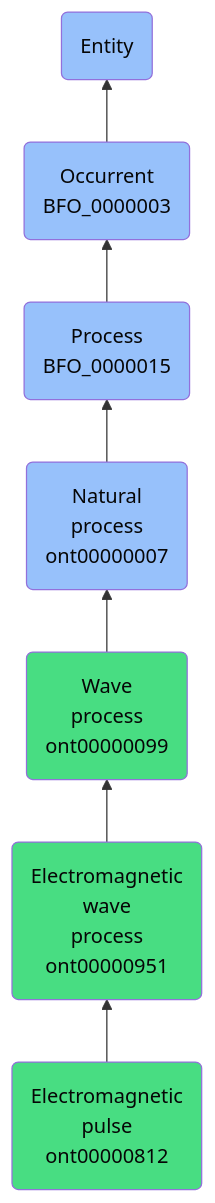
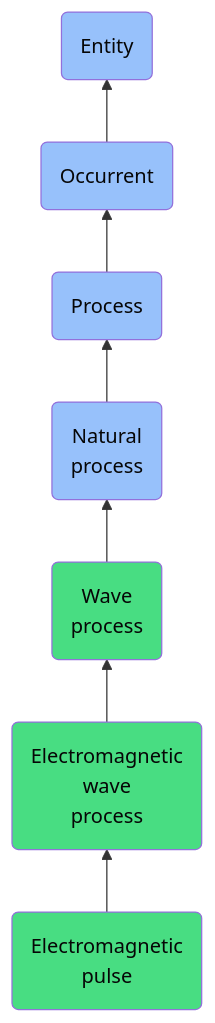
Before and after one commit to jupyter-naas/abi: the diagram in docs/ontology/reference/model/Entity/Occurrent/Process/Natural process/Wave process/Electromagnetic wave process/Electromagnetic pulse/Electromagnetic pulse.md, drawn with Mermaid. The commit also changed other lines of this file and 1430 other files, not shown here.

````diff
--- a/docs/ontology/reference/model/Entity/Occurrent/Process/Natural process/Wave process/Electromagnetic wave process/Electromagnetic pulse/Electromagnetic pulse.md
+++ b/docs/ontology/reference/model/Entity/Occurrent/Process/Natural process/Wave process/Electromagnetic wave process/Electromagnetic pulse/Electromagnetic pulse.md
@@ -25,14 +25,14 @@
 ```mermaid
 graph BT
-    ont00000812(Electromagnetic<br>pulse<br>ont00000812):::ABI-->ont00000951
-    ont00000951(Electromagnetic<br>wave<br>process<br>ont00000951):::ABI-->ont00000099
-    ont00000099(Wave<br>process<br>ont00000099):::ABI-->ont00000007
-    ont00000007(Natural<br>process<br>ont00000007):::BFO-->BFO_0000015
-    BFO_0000015(Process<br>BFO_0000015):::BFO-->BFO_0000003
-    BFO_0000003(Occurrent<br>BFO_0000003):::BFO-->BFO_0000001
+    ont00000812(Electromagnetic<br>pulse):::ABI-->ont00000951
+    ont00000951(Electromagnetic<br>wave<br>process):::ABI-->ont00000099
+    ont00000099(Wave<br>process):::ABI-->ont00000007
+    ont00000007(Natural<br>process):::BFO-->BFO_0000015
+    BFO_0000015(Process):::BFO-->BFO_0000003
+    BFO_0000003(Occurrent):::BFO-->BFO_0000001
     BFO_0000001(Entity):::BFO
     
     classDef BFO fill:#97c1fb,color:#060606
     classDef CCO fill:#e4c51e,color:#060606
     classDef ABI fill:#48DD82,color:#060606
 ```
````
